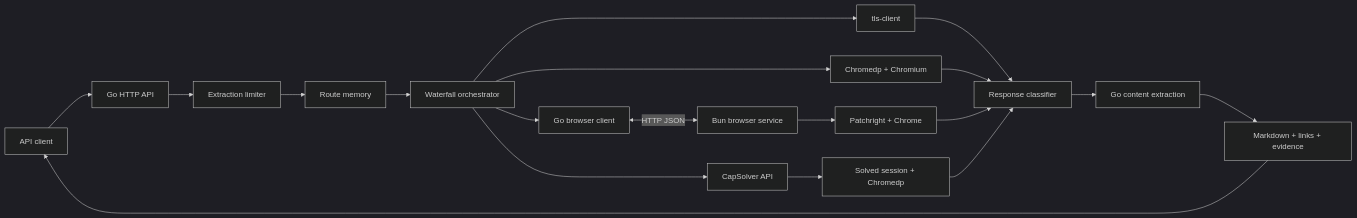
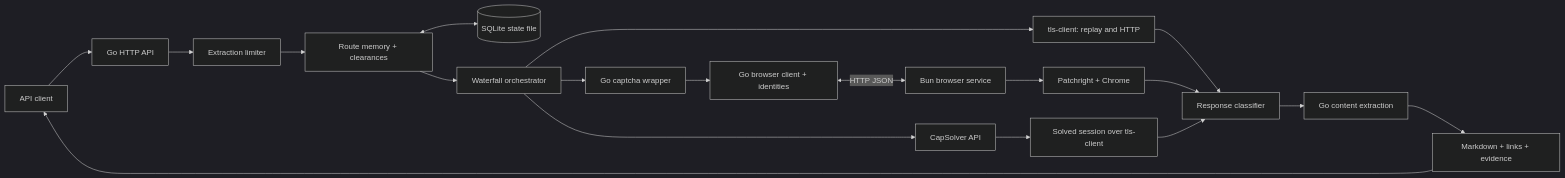
The first of 8 diagrams in docs/architecture.md (simonbalfe/pagelode), drawn with Mermaid (dark theme) before and after one commit. The commit also changed other lines of this file and 12 other files, not shown here.

````diff
--- a/docs/architecture.md
+++ b/docs/architecture.md
@@ -17,23 +17,23 @@
 ```mermaid
 flowchart LR
     Caller[API client] --> API[Go HTTP API]
     API --> Limit[Extraction limiter]
-    Limit --> Route[Route memory]
+    Limit --> Route[Route memory + clearances]
+    Route <--> State[(SQLite state file)]
     Route --> Orchestrator[Waterfall orchestrator]
 
-    Orchestrator --> TLS[tls-client]
-    Orchestrator --> Chromedp[Chromedp + Chromium]
-    Orchestrator --> Bridge[Go browser client]
+    Orchestrator --> TLS[tls-client: replay and HTTP]
+    Orchestrator --> Captcha[Go captcha wrapper]
+    Captcha --> Bridge[Go browser client + identities]
     Bridge <-->|HTTP JSON| Service[Bun browser service]
     Service --> Patchright[Patchright + Chrome]
     Orchestrator --> Solver[CapSolver API]
-    Solver --> SolvedBrowser[Solved session + Chromedp]
+    Solver --> Solved[Solved session over tls-client]
 
     TLS --> Classifier[Response classifier]
-    Chromedp --> Classifier
     Patchright --> Classifier
-    SolvedBrowser --> Classifier
+    Solved --> Classifier
     Classifier --> Extractor[Go content extraction]
     Extractor --> Result[Markdown + links + evidence]
     Result --> Caller
 ```
````
